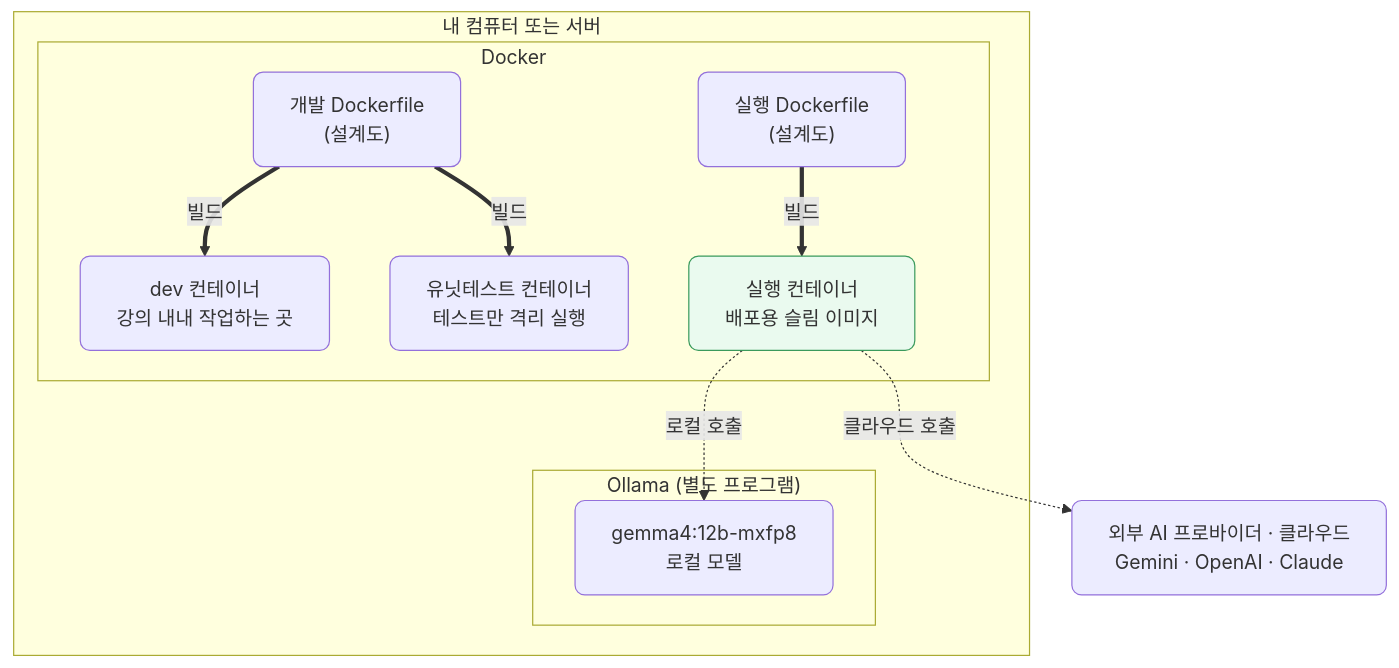
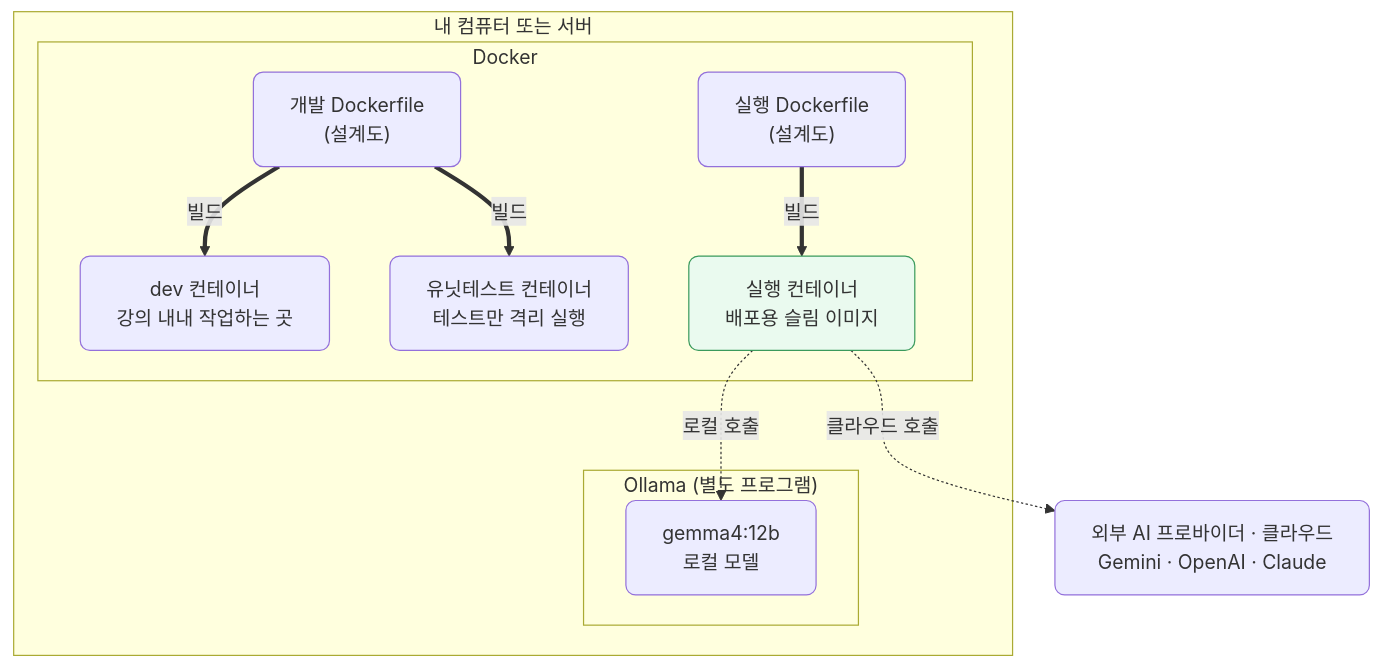
One commit to CodeCompose7/ai_service_engineering changed the second of 3 diagrams in docs/section1/lec01/README.md. Above: the diagram before and after it, drawn with Mermaid. The commit also changed other lines of this file and 3 other files, not shown here.

````diff
--- a/docs/section1/lec01/README.md
+++ b/docs/section1/lec01/README.md
@@ -54,26 +54,26 @@
 ```mermaid
 flowchart TB
   subgraph COMP2["내 컴퓨터 또는 서버"]
     subgraph DOCKER2["Docker"]
       DF1b["개발 Dockerfile<br/>(설계도)"]
       DF2b["실행 Dockerfile<br/>(설계도)"]
       DEVb["dev 컨테이너<br/>강의 내내 작업하는 곳"]
       TESTb["유닛테스트 컨테이너<br/>테스트만 격리 실행"]
       RUNb["실행 컨테이너<br/>배포용 슬림 이미지"]
       DF1b ==>|"빌드"| DEVb
       DF1b ==>|"빌드"| TESTb
       DF2b ==>|"빌드"| RUNb
     end
     subgraph OLLAMA2["Ollama (별도 프로그램)"]
-      MODELb["gemma4:12b-mxfp8<br/>로컬 모델"]
+      MODELb["gemma4:12b<br/>로컬 모델"]
     end
   end
   EXT2["외부 AI 프로바이더 · 클라우드<br/>Gemini · OpenAI · Claude"]
 
   RUNb -.->|"로컬 호출"| MODELb
   RUNb -.->|"클라우드 호출"| EXT2
 
   classDef default rx:8,ry:8;
   classDef ship fill:#eafaef,stroke:#3a9a5c;
   class RUNb ship;
 ```
````
